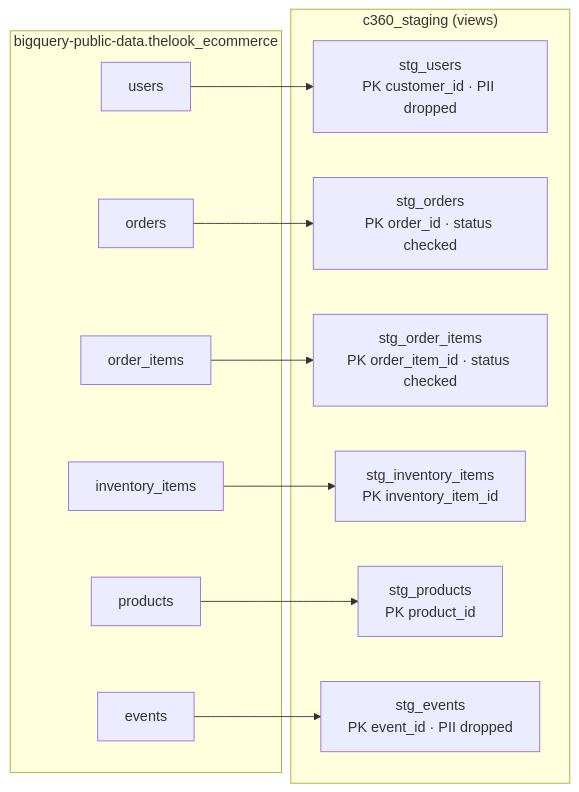
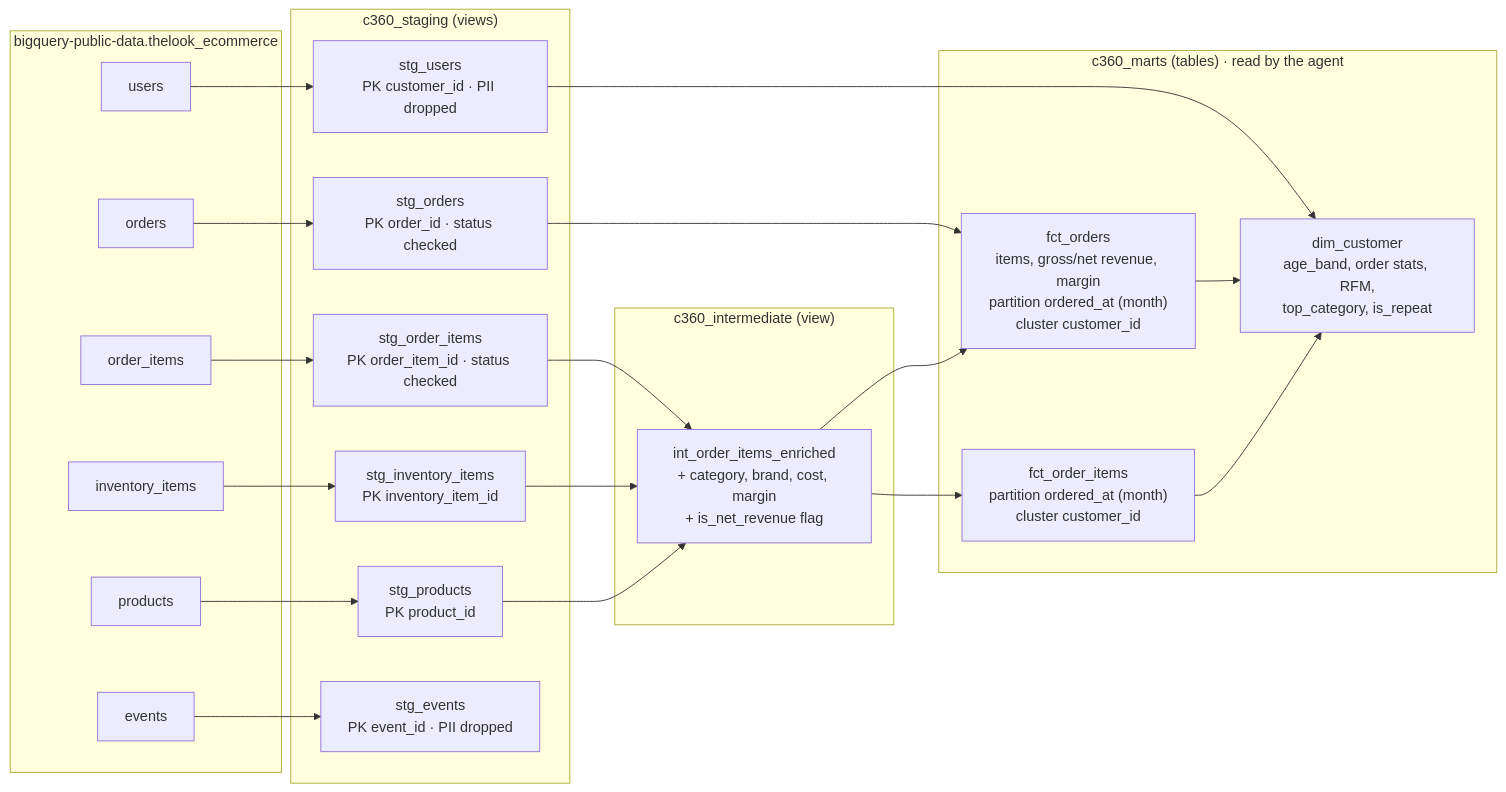
The diagram in docs/lineage.md (Nil-VJ/customer-360-agent), drawn with Mermaid before and after one commit. The commit also changed other lines of this file and 10 other files, not shown here.

````diff
--- a/docs/lineage.md
+++ b/docs/lineage.md
@@ -5,27 +6,48 @@
 ```mermaid
 flowchart LR
   subgraph src["bigquery-public-data.thelook_ecommerce"]
     users
     orders
     order_items
     inventory_items
     products
     events
   end
 
   subgraph stg["c360_staging (views)"]
     stg_users["stg_users<br/>PK customer_id · PII dropped"]
     stg_orders["stg_orders<br/>PK order_id · status checked"]
     stg_order_items["stg_order_items<br/>PK order_item_id · status checked"]
     stg_inventory_items["stg_inventory_items<br/>PK inventory_item_id"]
     stg_products["stg_products<br/>PK product_id"]
     stg_events["stg_events<br/>PK event_id · PII dropped"]
   end
 
+  subgraph int["c360_intermediate (view)"]
+    int_order_items_enriched["int_order_items_enriched<br/>+ category, brand, cost, margin<br/>+ is_net_revenue flag"]
+  end
+
+  subgraph marts["c360_marts (tables) · read by the agent"]
+    fct_order_items["fct_order_items<br/>partition ordered_at (month)<br/>cluster customer_id"]
+    fct_orders["fct_orders<br/>items, gross/net revenue, margin<br/>partition ordered_at (month)<br/>cluster customer_id"]
+    dim_customer["dim_customer<br/>age_band, order stats, RFM,<br/>top_category, is_repeat"]
+  end
+
   users --> stg_users
   orders --> stg_orders
   order_items --> stg_order_items
   inventory_items --> stg_inventory_items
   products --> stg_products
   events --> stg_events
+
+  stg_order_items --> int_order_items_enriched
+  stg_products --> int_order_items_enriched
+  stg_inventory_items --> int_order_items_enriched
+
+  int_order_items_enriched --> fct_order_items
+  int_order_items_enriched --> fct_orders
+  stg_orders --> fct_orders
+  stg_users --> dim_customer
+  fct_orders --> dim_customer
+  fct_order_items --> dim_customer
 ```
````
